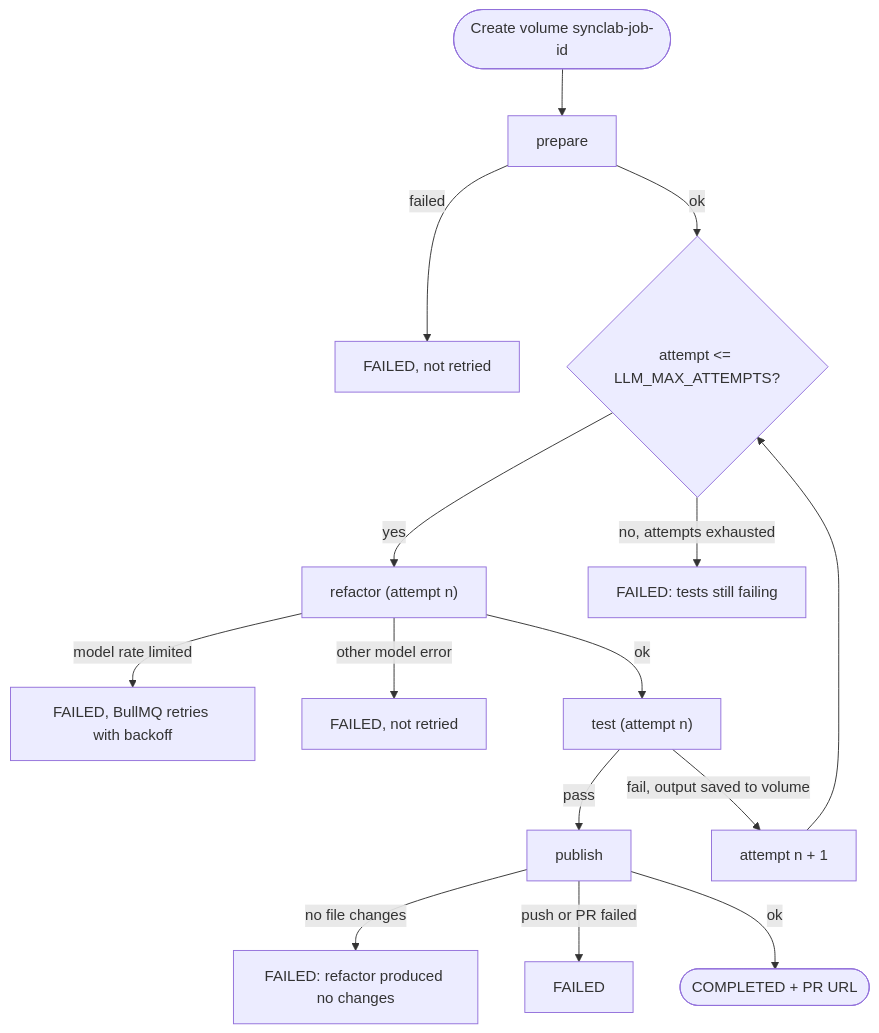
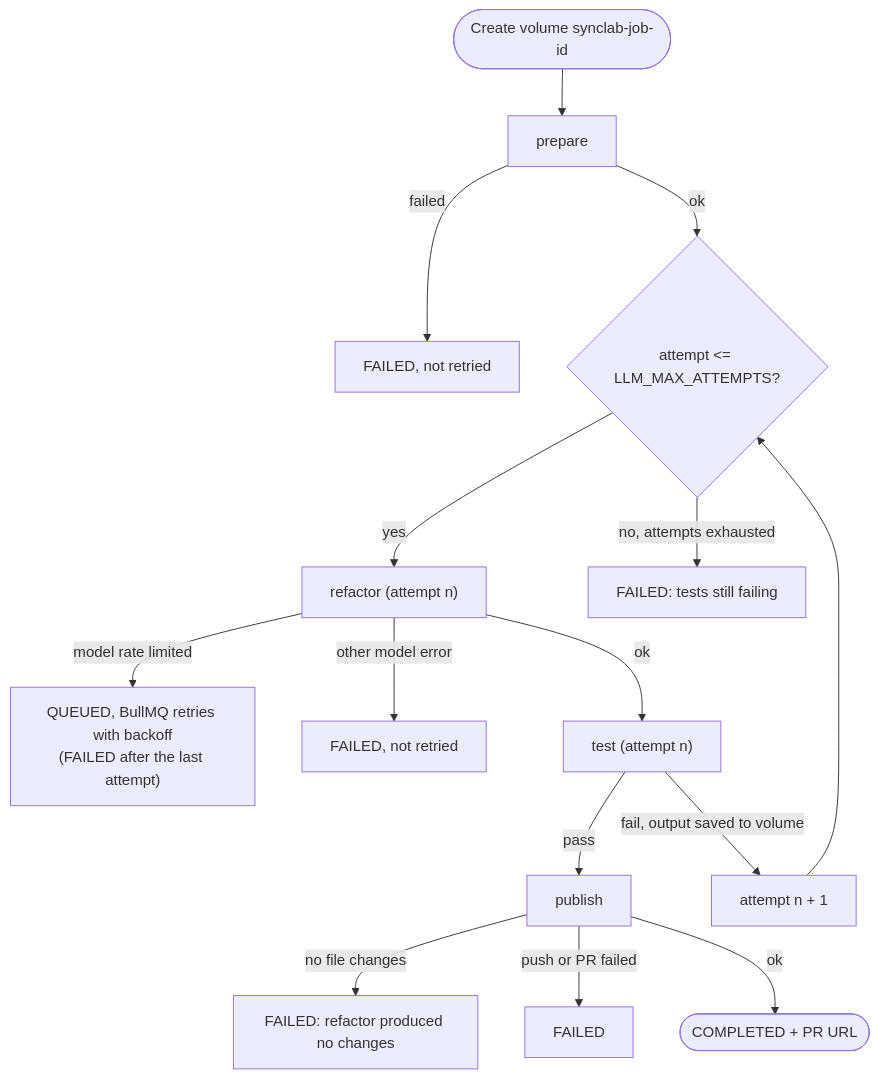
One commit to kiet08hogit/SyncLab changed the fifth of 6 diagrams in README.md. Above: the diagram before and after it, drawn with Mermaid. The commit also changed other lines of this file, not shown here.

Commit message:
no-mistakes(document): Document QUEUED-while-retrying and atomic FAILED retry claim

````diff
--- a/README.md
+++ b/README.md
@@ -195,16 +198,16 @@
 ```mermaid
 flowchart TD
     START(["Create volume synclab-job-id"]) --> PREP["prepare"]
     PREP -- failed --> F1["FAILED, not retried"]
     PREP -- ok --> LOOP{"attempt <= LLM_MAX_ATTEMPTS?"}
     LOOP -- yes --> REF["refactor (attempt n)"]
-    REF -- "model rate limited" --> F2["FAILED, BullMQ retries with backoff"]
+    REF -- "model rate limited" --> F2["QUEUED, BullMQ retries with backoff<br/>(FAILED after the last attempt)"]
     REF -- "other model error" --> F3["FAILED, not retried"]
     REF -- ok --> TEST["test (attempt n)"]
     TEST -- pass --> PUB["publish"]
     TEST -- "fail, output saved to volume" --> NEXT["attempt n + 1"] --> LOOP
     LOOP -- "no, attempts exhausted" --> F4["FAILED: tests still failing"]
     PUB -- "no file changes" --> F5["FAILED: refactor produced no changes"]
     PUB -- "push or PR failed" --> F6["FAILED"]
     PUB -- ok --> DONE(["COMPLETED + PR URL"])
 ```
````
